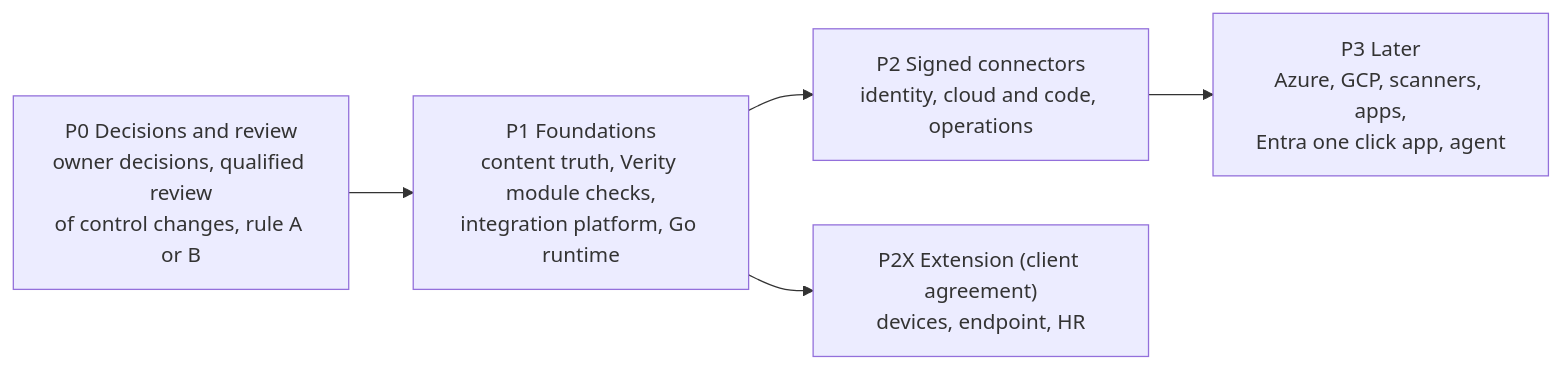
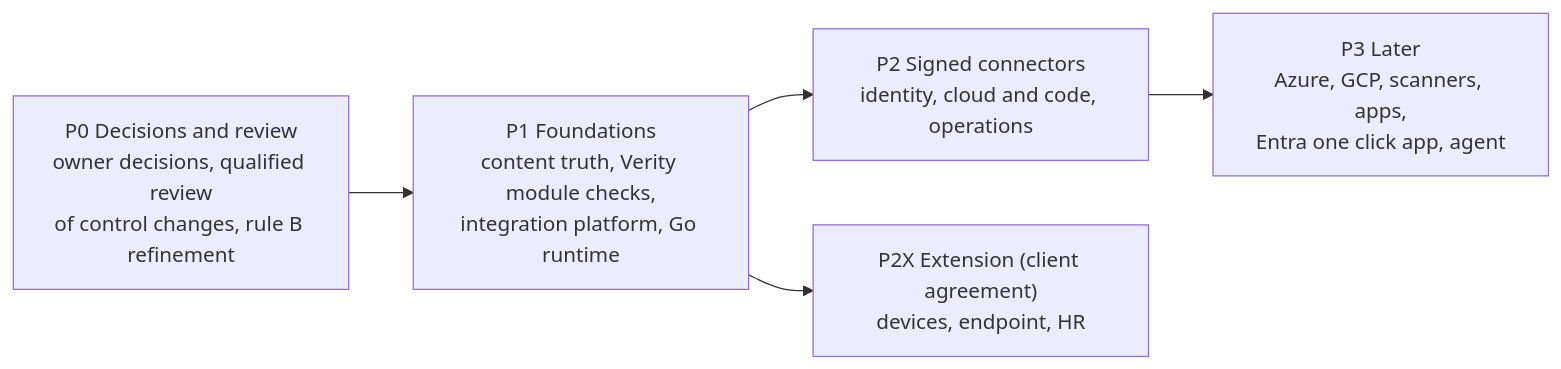
The diagram in docs/product/evidence-connectors/04-phases-and-work-packages.md (mehboob14/GRC_App_private), drawn with Mermaid before and after one commit. The commit also changed other lines of this file and 3 other files, not shown here.

````diff
--- a/docs/product/evidence-connectors/04-phases-and-work-packages.md
+++ b/docs/product/evidence-connectors/04-phases-and-work-packages.md
@@ -21,10 +21,10 @@
 ```mermaid
 flowchart LR
-  P0["P0 Decisions and review<br/>owner decisions, qualified review<br/>of control changes, rule A or B"]
+  P0["P0 Decisions and review<br/>owner decisions, qualified review<br/>of control changes, rule B refinement"]
   P1["P1 Foundations<br/>content truth, Verity module checks,<br/>integration platform, Go runtime"]
   P2["P2 Signed connectors<br/>identity, cloud and code, operations"]
   P2X["P2X Extension (client agreement)<br/>devices, endpoint, HR"]
   P3["P3 Later<br/>Azure, GCP, scanners, apps,<br/>Entra one click app, agent"]
   P0 --> P1 --> P2 --> P3
   P1 --> P2X
 ```
````
